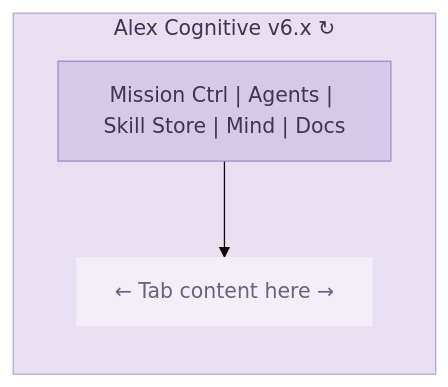
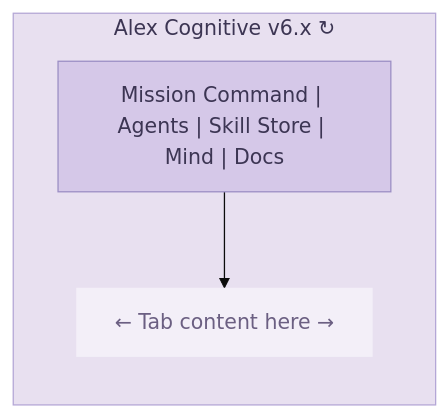
One commit to fabioc-aloha/Alex_Plug_In changed the second of 4 diagrams in alex_docs/research/COMMAND-CENTER-FEASIBILITY-2026-03-05.md. Above: the diagram before and after it, drawn with Mermaid (base theme). The commit also changed other lines of this file and 209 other files, not shown here.

````diff
--- a/alex_docs/research/COMMAND-CENTER-FEASIBILITY-2026-03-05.md
+++ b/alex_docs/research/COMMAND-CENTER-FEASIBILITY-2026-03-05.md
@@ -524,10 +524,10 @@
 ```mermaid
 graph LR
     subgraph Sidebar["Alex Cognitive v6.x  ↻"]
-        TabBar["Mission Ctrl | Agents | Skill Store | Mind | Docs"]
+        TabBar["Mission Command | Agents | Skill Store | Mind | Docs"]
         TabBar --> Content["← Tab content here →"]
     end
     style Sidebar fill:#e8e0f0,stroke:#b4a7d6,color:#3c3553
     style TabBar fill:#d5c8e8,stroke:#9b8ec4,color:#3c3553
     style Content fill:#f3eff8,stroke:none,color:#6b5f82
 ```
````
